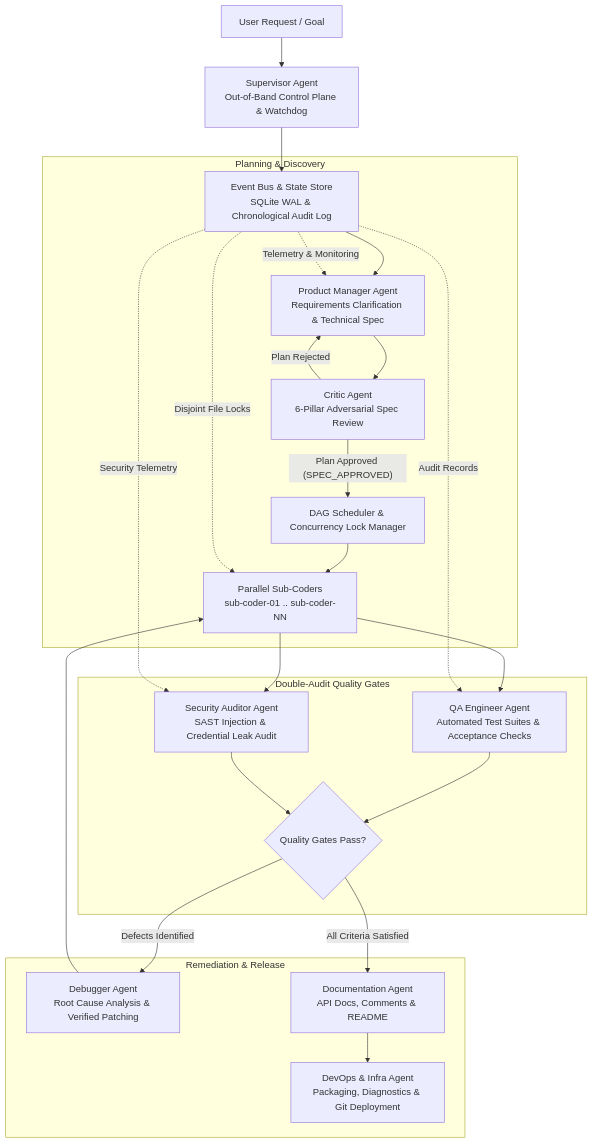
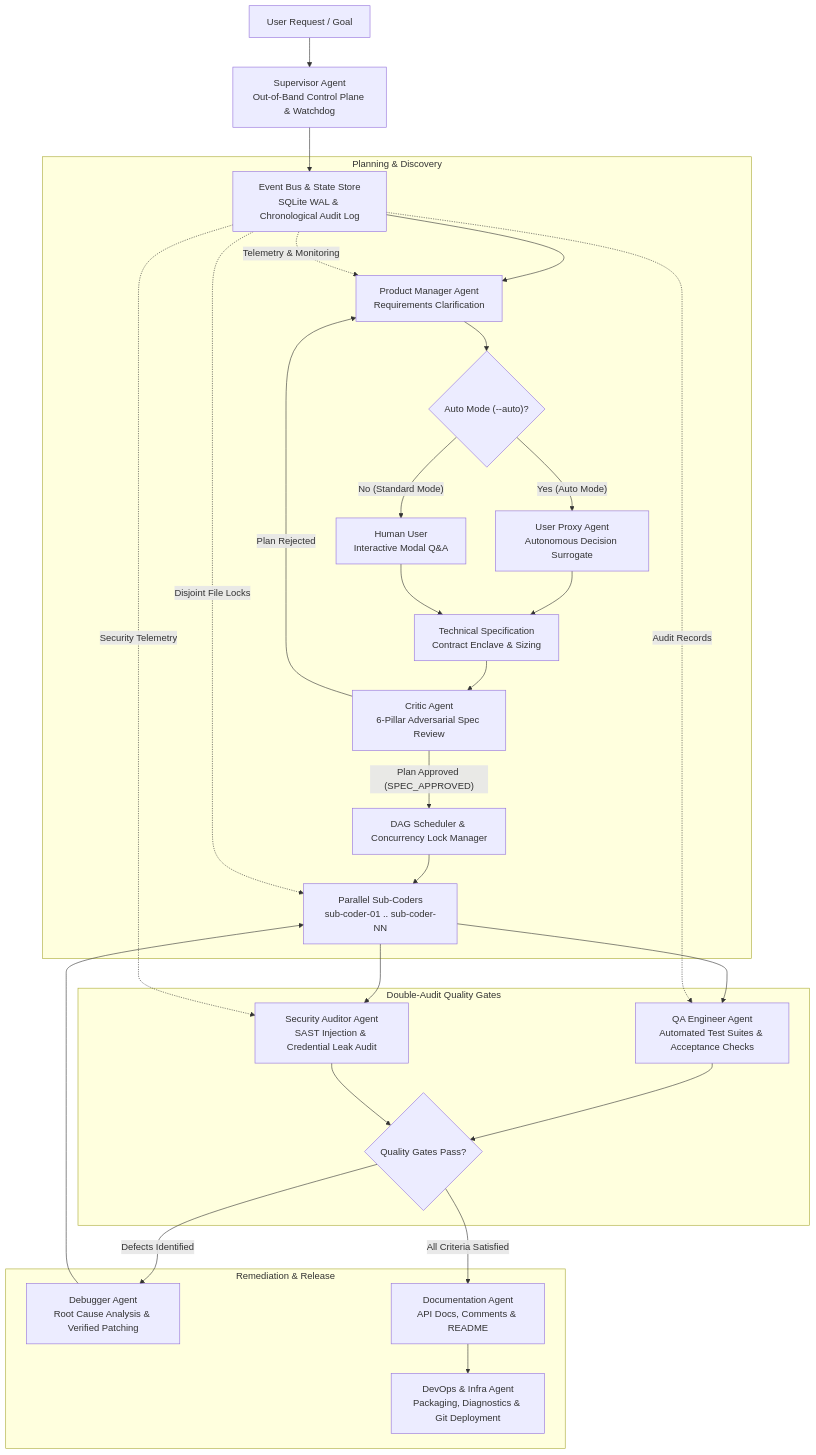
One commit to Kaivian/it-agent-team changed the diagram in README.md. Above: the diagram before and after it, drawn with Mermaid. The commit also changed other lines of this file and 6 other files, not shown here.

Commit message:
feat: add Auto Mode and user-proxy-agent for autonomous decision resolution

````diff
--- a/README.md
+++ b/README.md
@@ -38,32 +38,37 @@
 ```mermaid
 flowchart TD
     User["User Request / Goal"] --> Supervisor["Supervisor Agent<br/>Out-of-Band Control Plane & Watchdog"]
     Supervisor --> EventBus["Event Bus & State Store<br/>SQLite WAL & Chronological Audit Log"]
     
     subgraph PlanningPhase ["Planning & Discovery"]
-        EventBus --> PM["Product Manager Agent<br/>Requirements Clarification & Technical Spec"]
-        PM --> Critic["Critic Agent<br/>6-Pillar Adversarial Spec Review"]
+        EventBus --> PM["Product Manager Agent<br/>Requirements Clarification"]
+        PM --> AutoCheck{"Auto Mode (--auto)?"}
+        AutoCheck -- "Yes (Auto Mode)" --> UserProxy["User Proxy Agent<br/>Autonomous Decision Surrogate"]
+        AutoCheck -- "No (Standard Mode)" --> HumanUser["Human User<br/>Interactive Modal Q&A"]
+        UserProxy --> Spec["Technical Specification<br/>Contract Enclave & Sizing"]
+        HumanUser --> Spec
+        Spec --> Critic["Critic Agent<br/>6-Pillar Adversarial Spec Review"]
         Critic -- "Plan Rejected" --> PM
         Critic -- "Plan Approved (SPEC_APPROVED)" --> Scheduler["DAG Scheduler & Concurrency Lock Manager"]
         Scheduler --> SubCoders["Parallel Sub-Coders<br/>sub-coder-01 .. sub-coder-NN"]
     end
 
     subgraph AuditGates ["Double-Audit Quality Gates"]
         SubCoders --> QA["QA Engineer Agent<br/>Automated Test Suites & Acceptance Checks"]
         SubCoders --> Security["Security Auditor Agent<br/>SAST Injection & Credential Leak Audit"]
         QA --> GateCheck{"Quality Gates Pass?"}
         Security --> GateCheck
     end
 
     subgraph RemediationRelease ["Remediation & Release"]
         GateCheck -- "Defects Identified" --> Debugger["Debugger Agent<br/>Root Cause Analysis & Verified Patching"]
         Debugger --> SubCoders
         GateCheck -- "All Criteria Satisfied" --> Doc["Documentation Agent<br/>API Docs, Comments & README"]
         Doc --> DevOps["DevOps & Infra Agent<br/>Packaging, Diagnostics & Git Deployment"]
     end
 
     EventBus -. "Telemetry & Monitoring" .-> PM
     EventBus -. "Disjoint File Locks" .-> SubCoders
     EventBus -. "Audit Records" .-> QA
     EventBus -. "Security Telemetry" .-> Security
 ```
````
